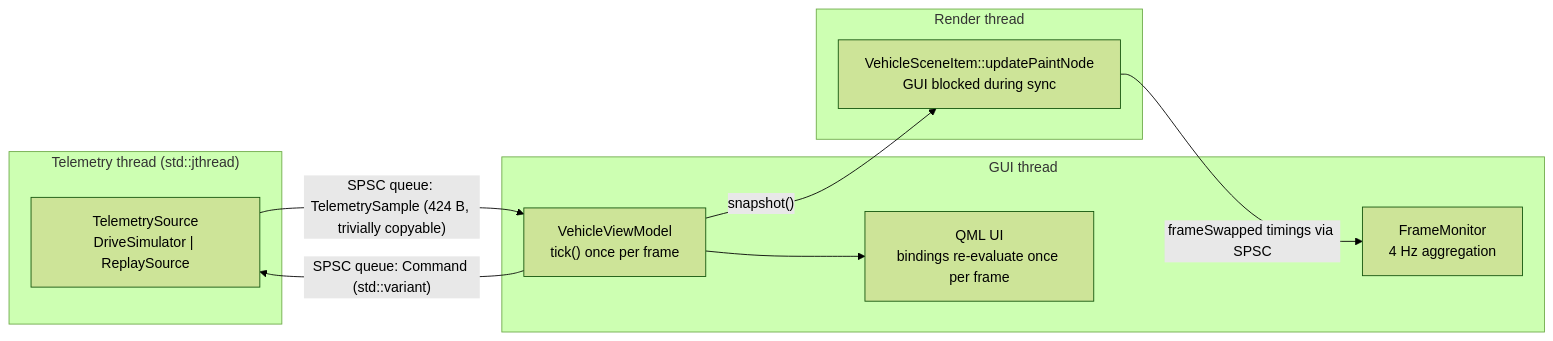
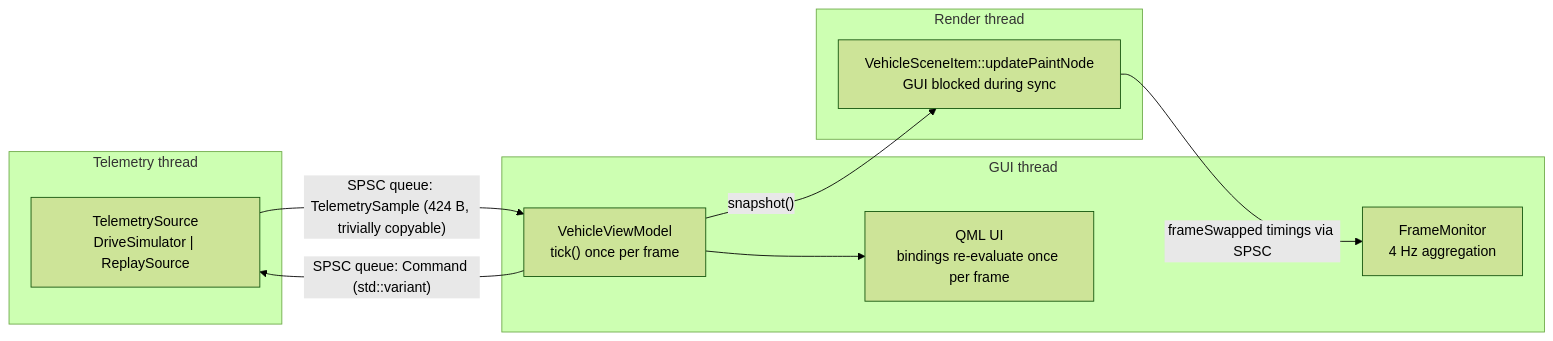
Before and after one commit to jchacker5/reality-view-native: the diagram in README.md, drawn with Mermaid (forest theme). The commit also changed 6 other files, not shown here.

````diff
--- a/README.md
+++ b/README.md
@@ -105,19 +105,19 @@
 ```mermaid
 flowchart LR
-    subgraph Producer["Telemetry thread (std::jthread)"]
+    subgraph Producer["Telemetry thread"]
         SRC["TelemetrySource<br/>DriveSimulator | ReplaySource"]
     end
     subgraph GUI["GUI thread"]
         VM["VehicleViewModel<br/>tick() once per frame"]
         QML["QML UI<br/>bindings re-evaluate once per frame"]
         FM["FrameMonitor<br/>4 Hz aggregation"]
     end
     subgraph Render["Render thread"]
         SG["VehicleSceneItem::updatePaintNode<br/>GUI blocked during sync"]
     end
     SRC -- "SPSC queue: TelemetrySample (424 B, trivially copyable)" --> VM
     VM -- "SPSC queue: Command (std::variant)" --> SRC
     VM --> QML
     VM -- "snapshot()" --> SG
     SG -- "frameSwapped timings via SPSC" --> FM
 ```
````
